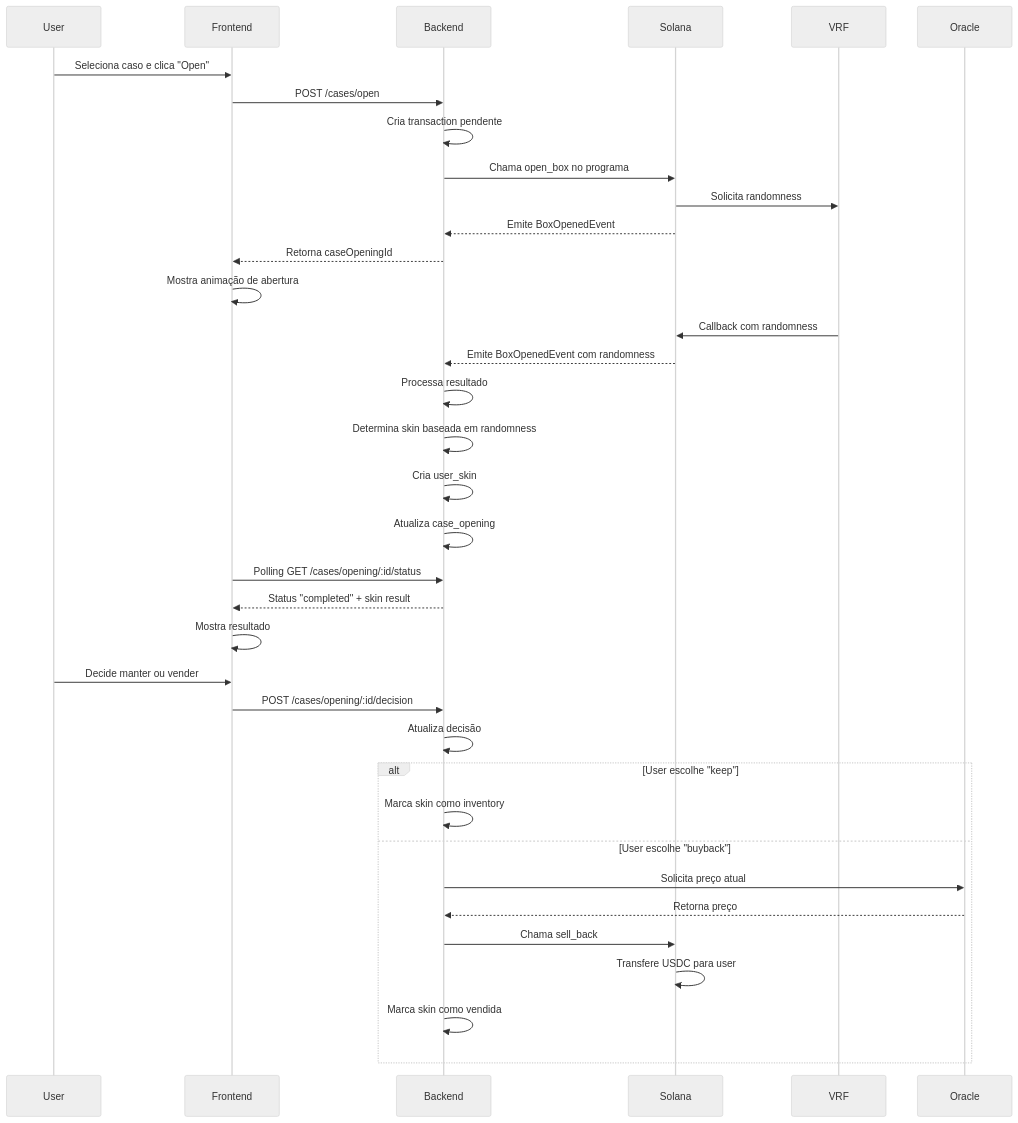
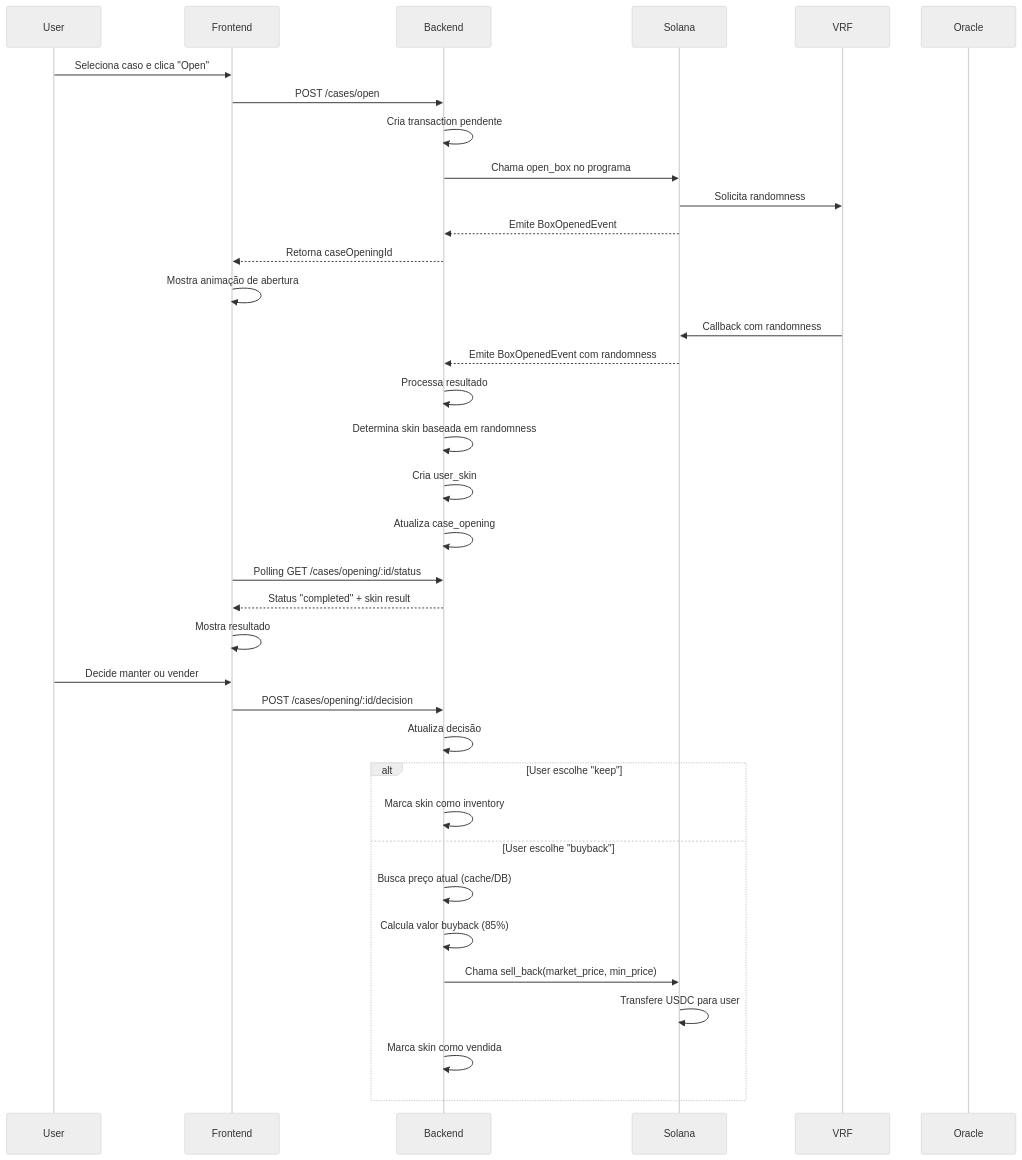
One commit to Cloak-Labz/sol-skins changed the first of 4 diagrams in docs/backend-knowledge-base.md. Above: the diagram before and after it, drawn with Mermaid (neutral theme). The commit also changed other lines of this file and 22 other files, not shown here.

````diff
--- a/docs/backend-knowledge-base.md
+++ b/docs/backend-knowledge-base.md
@@ -649,42 +649,42 @@
 ```mermaid
 sequenceDiagram
     participant U as User
     participant F as Frontend
     participant B as Backend
     participant S as Solana
     participant V as VRF
     participant O as Oracle
 
     U->>F: Seleciona caso e clica "Open"
     F->>B: POST /cases/open
     B->>B: Cria transaction pendente
     B->>S: Chama open_box no programa
     S->>V: Solicita randomness
     S-->>B: Emite BoxOpenedEvent
     B-->>F: Retorna caseOpeningId
     F->>F: Mostra animação de abertura
     
     V->>S: Callback com randomness
     S-->>B: Emite BoxOpenedEvent com randomness
     B->>B: Processa resultado
     B->>B: Determina skin baseada em randomness
     B->>B: Cria user_skin
     B->>B: Atualiza case_opening
     
     F->>B: Polling GET /cases/opening/:id/status
     B-->>F: Status "completed" + skin result
     F->>F: Mostra resultado
     
     U->>F: Decide manter ou vender
     F->>B: POST /cases/opening/:id/decision
     B->>B: Atualiza decisão
     alt User escolhe "keep"
         B->>B: Marca skin como inventory
     else User escolhe "buyback"
-        B->>O: Solicita preço atual
-        O-->>B: Retorna preço
-        B->>S: Chama sell_back
+        B->>B: Busca preço atual (cache/DB)
+        B->>B: Calcula valor buyback (85%)
+        B->>S: Chama sell_back(market_price, min_price)
         S->>S: Transfere USDC para user
         B->>B: Marca skin como vendida
     end
 ```
````
